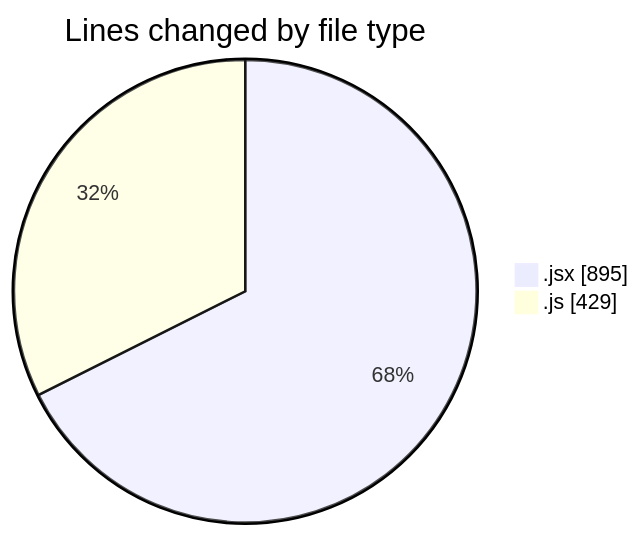
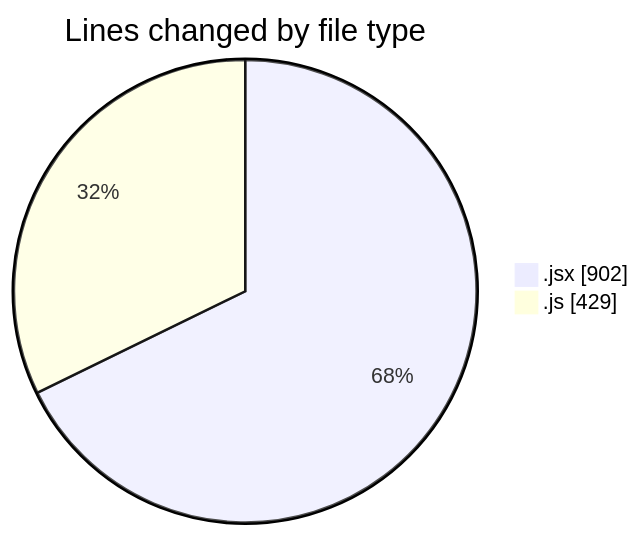
Before and after one commit to nxtqubesakshisongat/code-tracking: the first of 2 diagrams in 2025-06-03/nxtqube_webapp/README.md, drawn with Mermaid. The commit also changed other lines of this file and 1 other file, not shown here.

````diff
--- a/2025-06-03/nxtqube_webapp/README.md
+++ b/2025-06-03/nxtqube_webapp/README.md
@@ -21,6 +21,6 @@
 ```mermaid
 pie showData
 title Lines changed by file type
-".jsx" : 895
+".jsx" : 902
 ".js" : 429
 ```
````
